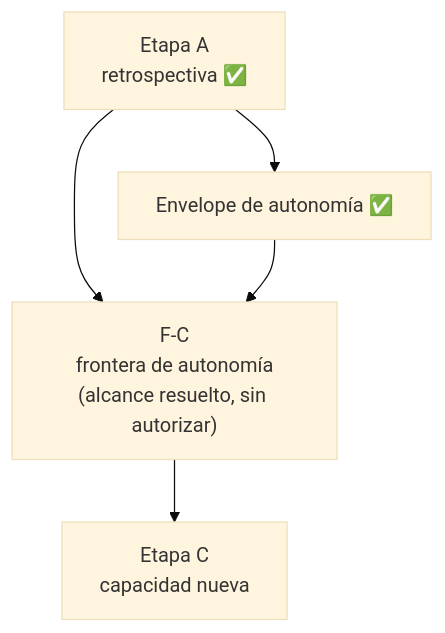
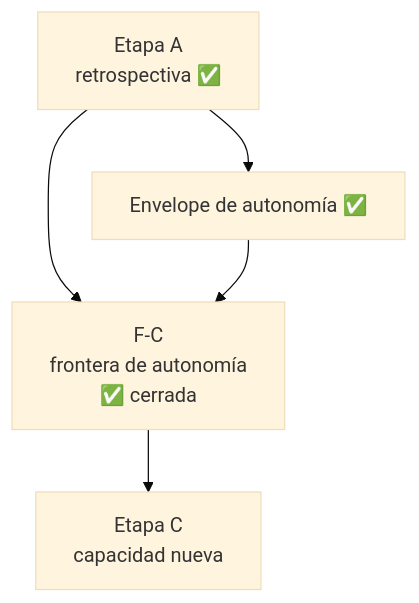
The diagram in ROADMAP.md (roldriel/ARgentOS), drawn with Mermaid (base theme) before and after one commit. The commit also changed other lines of this file and 8 other files, not shown here.

````diff
--- a/ROADMAP.md
+++ b/ROADMAP.md
@@ -83,7 +86,7 @@
 ```mermaid
 flowchart TD
     A["Etapa A<br/>retrospectiva ✅"] --> E["Envelope de autonomía ✅"]
-    A --> F["F-C<br/>frontera de autonomía<br/>(alcance resuelto, sin autorizar)"]
+    A --> F["F-C<br/>frontera de autonomía<br/>✅ cerrada"]
     E --> F
     F --> C["Etapa C<br/>capacidad nueva"]
 ```
````
